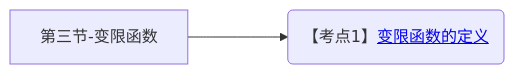
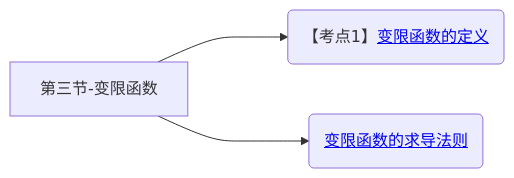
Diagram 21 of 21 in 笔记/数学/周洋鑫/01.基础班思维导图.md (yuebinghui/note), drawn with Mermaid before and after one commit. The commit also changed 5 other files, not shown here.

````diff
--- a/笔记/数学/周洋鑫/01.基础班思维导图.md
+++ b/笔记/数学/周洋鑫/01.基础班思维导图.md
@@ -777,7 +777,9 @@
 ```mermaid
 graph LR
 第三节-变限函数
 
 第三节-变限函数--->变限函数的定义(【考点1】<a href="/Users/yuebinghui/Documents/program/github/note/笔记/数学/周洋鑫/基础班/24.变限函数-反常积分.md#变限函数的定义">变限函数的定义</>)
 
+第三节-变限函数--->变限函数的求导法则(<a href="/Users/yuebinghui/Documents/program/github/note/笔记/数学/周洋鑫/基础班/24.变限函数-反常积分.md#变限函数的求导法则">变限函数的求导法则</>)
+
 ```
````
